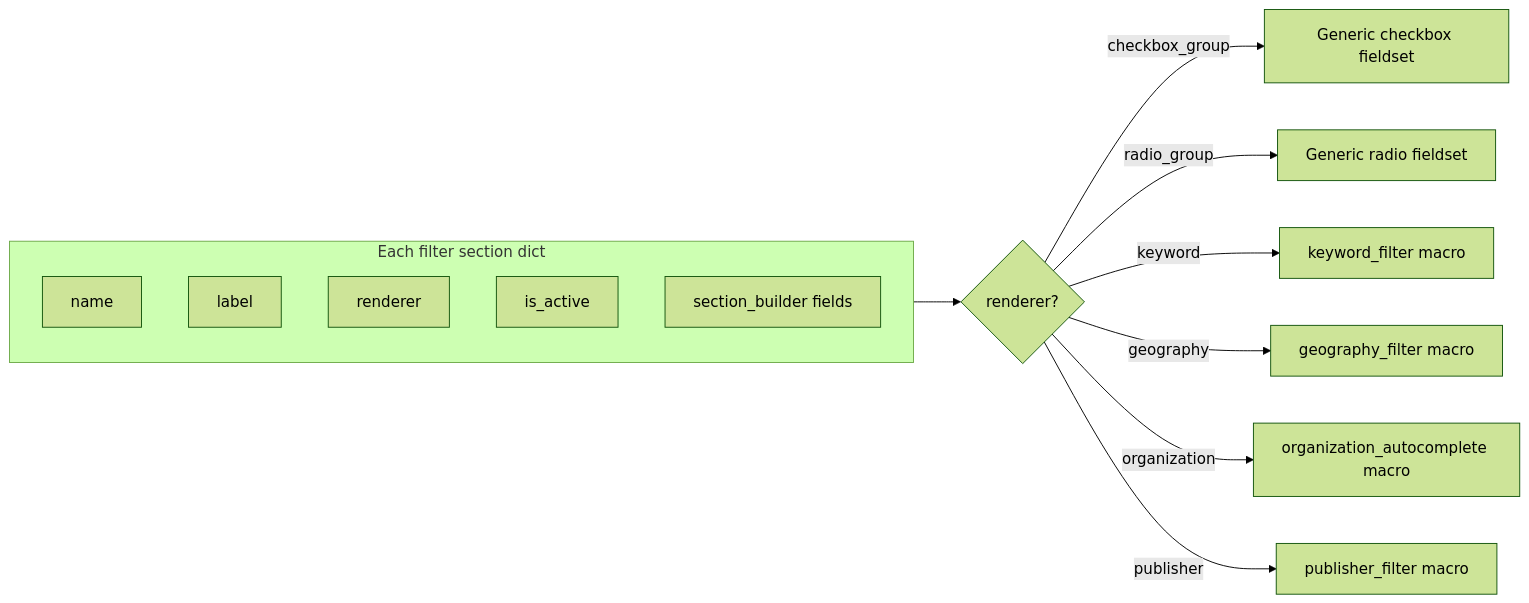
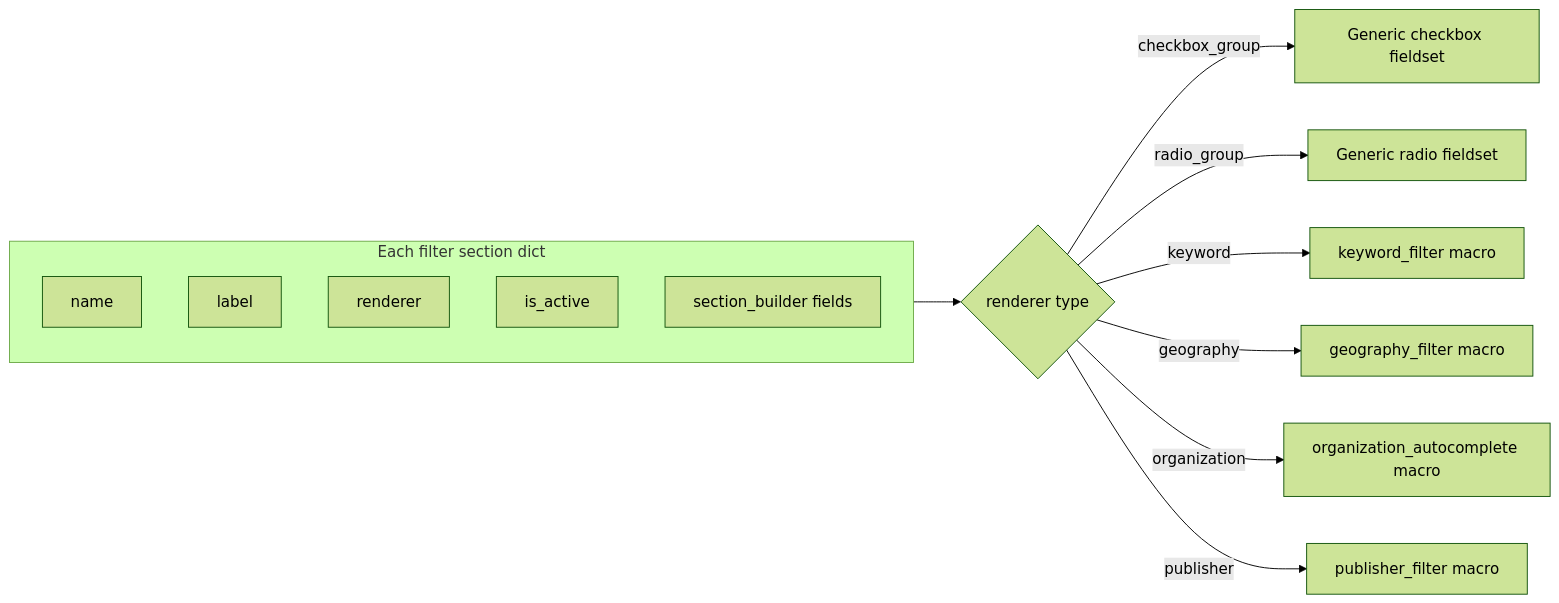
One commit to GSA/datagov-catalog changed the sixth of 7 diagrams in docs/search-filters-walkthrough.md. Above: the diagram before and after it, drawn with Mermaid (forest theme). The commit also changed other lines of this file, not shown here.

First line of the commit message:
Fix Mermaid syntax in search filters walkthrough.

````diff
--- a/docs/search-filters-walkthrough.md
+++ b/docs/search-filters-walkthrough.md
@@ -367,18 +376,18 @@
 ```mermaid
 flowchart LR
     subgraph section [Each filter section dict]
         name[name]
         label[label]
         renderer[renderer]
         is_active[is_active]
         extras[section_builder fields]
     end
 
-    section --> R{renderer?}
+    section --> R{renderer type}
     R -->|checkbox_group| CB[Generic checkbox fieldset]
     R -->|radio_group| RD[Generic radio fieldset]
     R -->|keyword| KW[keyword_filter macro]
     R -->|geography| GEO[geography_filter macro]
     R -->|organization| ORG[organization_autocomplete macro]
     R -->|publisher| PUB[publisher_filter macro]
 ```
````
